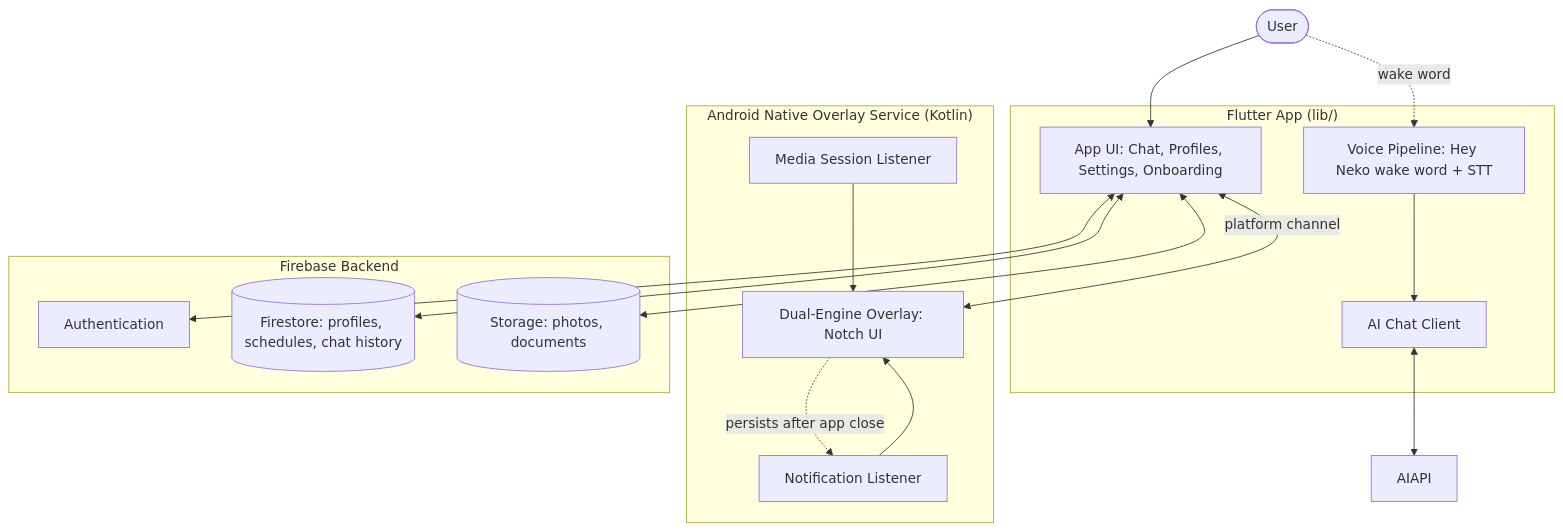
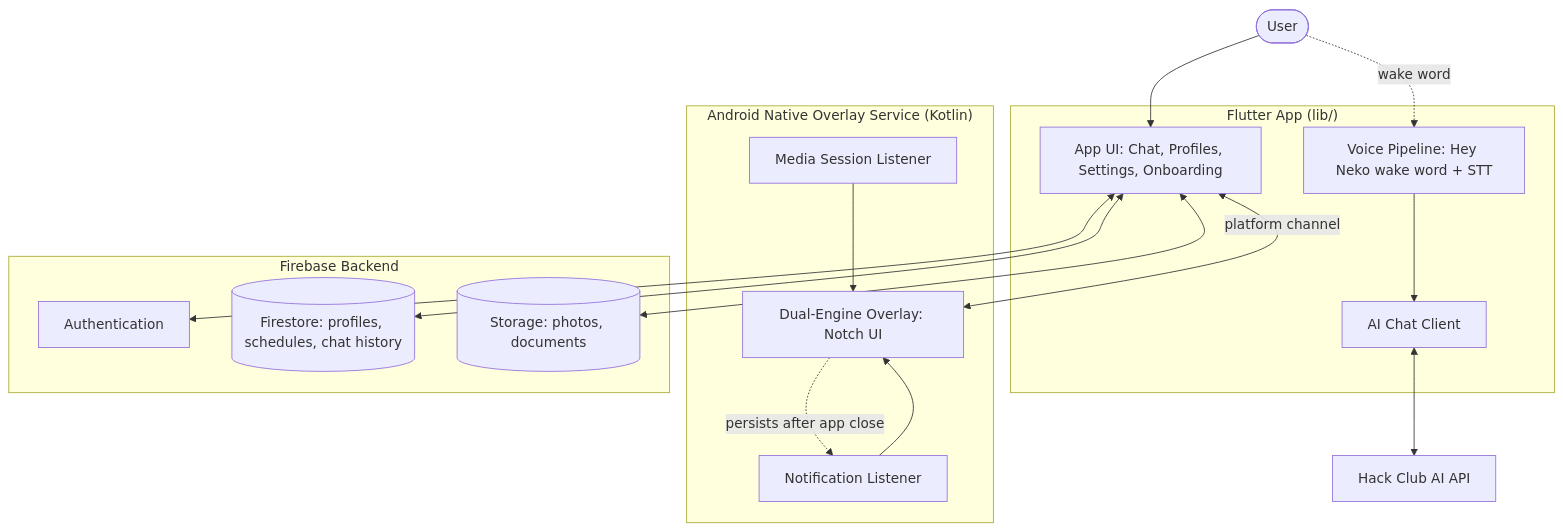
Before and after one commit to dhruvin-sarkar/Neko: the diagram in Documentation/ProjectReport.md, drawn with Mermaid. The commit also changed other lines of this file, not shown here.

````diff
--- a/Documentation/ProjectReport.md
+++ b/Documentation/ProjectReport.md
@@ -35,36 +43,36 @@
 ```mermaid
 flowchart TD
-    User([User])
+    User(["User"])
 
     subgraph FlutterApp["Flutter App (lib/)"]
-        UI[App UI: Chat, Profiles, Settings, Onboarding]
-        VoicePipeline[Voice Pipeline: Hey Neko wake word + STT]
-        AIClient[AI Chat Client]
+        UI["App UI: Chat, Profiles, Settings, Onboarding"]
+        VoicePipeline["Voice Pipeline: Hey Neko wake word + STT"]
+        AIClient["AI Chat Client"]
     end
 
     subgraph NativeOverlay["Android Native Overlay Service (Kotlin)"]
-        NotchEngine[Dual-Engine Overlay: Notch UI]
-        NotificationListener[Notification Listener]
-        MediaSession[Media Session Listener]
+        NotchEngine["Dual-Engine Overlay: Notch UI"]
+        NotificationListener["Notification Listener"]
+        MediaSession["Media Session Listener"]
     end
 
     subgraph Backend["Firebase Backend"]
-        Auth[Authentication]
-        Firestore[(Firestore: profiles, schedules, chat history)]
-        Storage[(Storage: photos, documents)]
+        Auth["Authentication"]
+        Firestore[("Firestore: profiles, schedules, chat history")]
+        Storage[("Storage: photos, documents")]
     end
 
-    AIAPI
+    AIAPI["Hack Club AI API"]
 
     User --> UI
     User -. wake word .-> VoicePipeline
     UI <-->|platform channel| NotchEngine
     NotificationListener --> NotchEngine
     MediaSession --> NotchEngine
     VoicePipeline --> AIClient
     AIClient <--> AIAPI
     UI <--> Auth
     UI <--> Firestore
     UI <--> Storage
-    NotchEngine -.persists after app close.-> NotificationListener
+    NotchEngine -. persists after app close .-> NotificationListener
 ```
````
